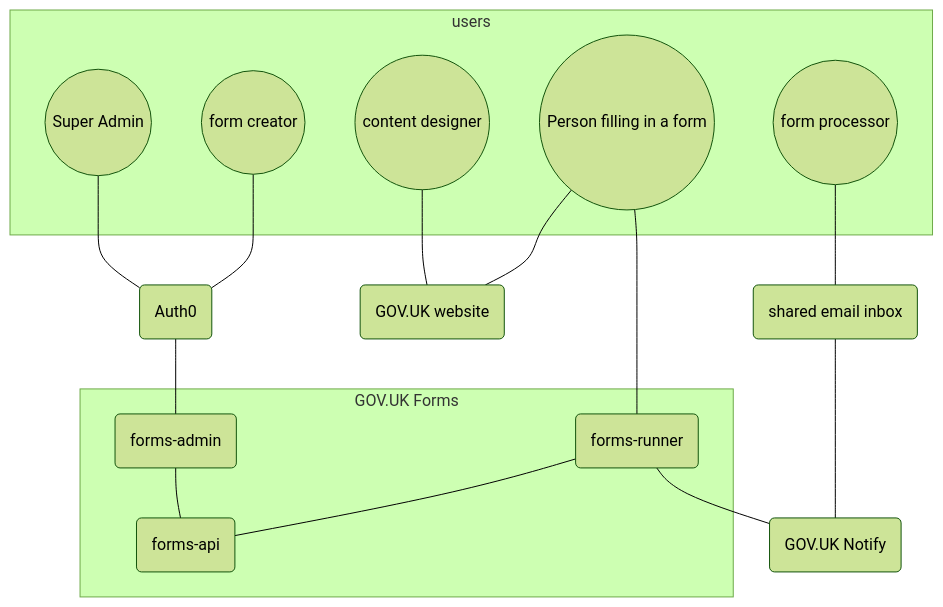
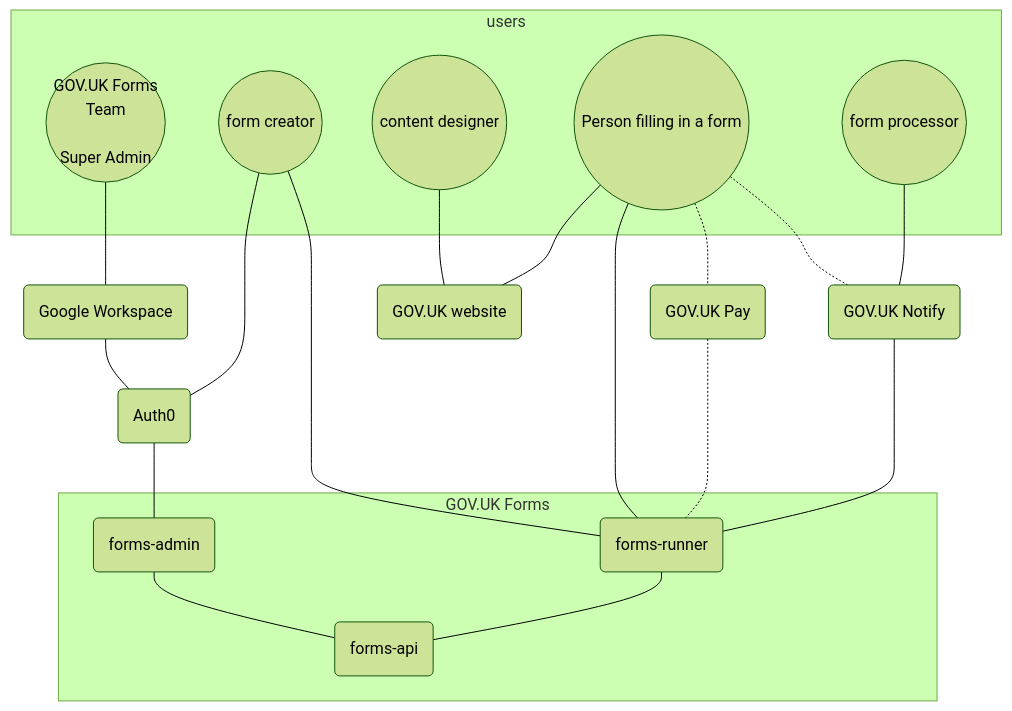
One commit to alphagov/forms changed the diagram in diagrams/sequence-diagrams/README.md. Above: the diagram before and after it, drawn with Mermaid (forest theme).

Commit message:
added Google Workspace and Pay

````diff
--- a/diagrams/sequence-diagrams/README.md
+++ b/diagrams/sequence-diagrams/README.md
@@ -9,33 +9,41 @@
 ```mermaid
 graph TD
     subgraph users
-        super_admin((Super Admin))
+        super_admin((GOV.UK Forms<br/>Team<br/><br/>Super Admin))
         creator((form creator))
         content((content designer))
         user((Person filling in a form))
         processor((form processor))
     end
 
     auth0(Auth0)
+    sso(Google Workspace)
     govuk(GOV.UK website)
 
-    super_admin --- auth0
+    super_admin --- sso --- auth0
     creator --- auth0
     content --- govuk
 
     subgraph sg1 [GOV.UK Forms]
         admin(forms-admin)
         api(forms-api)
         runner(forms-runner)
     end
 
+    creator---runner
+
     auth0 --- admin --- api
     user --- govuk
     user --- runner --- api
 
     notify(GOV.UK Notify)
-    inbox(shared email inbox)
 
-    runner --- notify
-    processor --- inbox --- notify
+    pay(GOV.UK Pay)
+    user -.- pay -.- runner
+
+    user -.- notify
+    notify --- runner
+    processor --- notify
+
+
 ```
````
